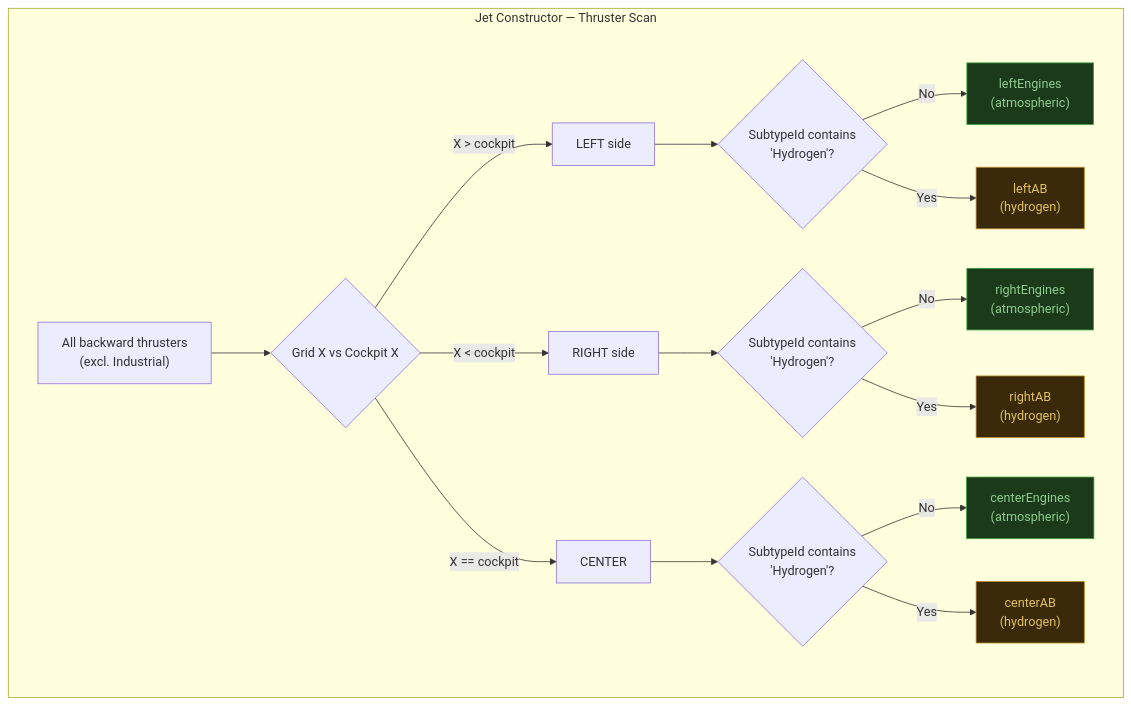
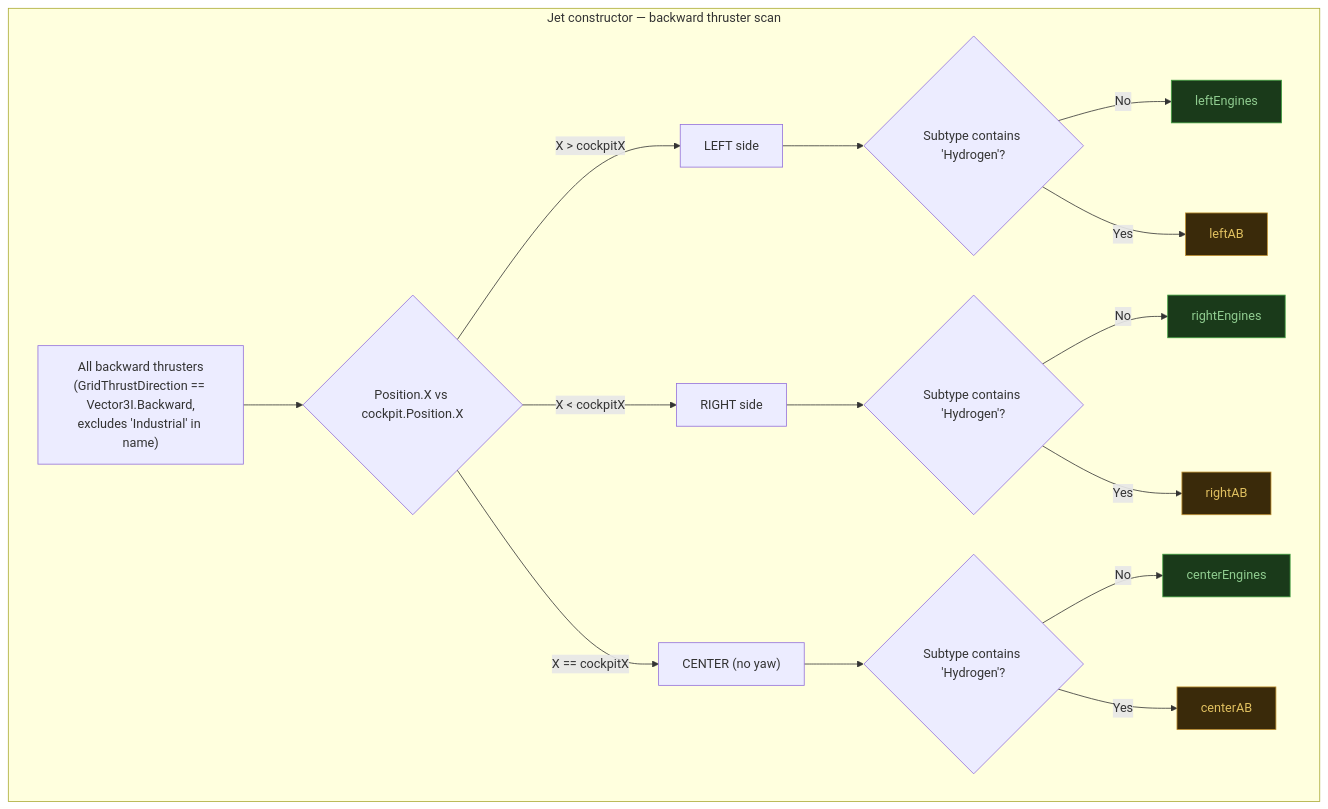
Before and after one commit to Terilia/JetOS: the first of 4 diagrams in docs/propulsion.md, drawn with Mermaid. The commit also changed other lines of this file and 23 other files, not shown here.

````diff
--- a/docs/propulsion.md
+++ b/docs/propulsion.md
@@ -21,28 +21,28 @@
 ```mermaid
 flowchart TD
-    subgraph scan ["Jet Constructor — Thruster Scan"]
-        ALL["All backward thrusters\n(excl. Industrial)"]
-        ALL --> POS{Grid X vs Cockpit X}
-        POS -- "X > cockpit" --> LEFT["LEFT side"]
-        POS -- "X < cockpit" --> RIGHT["RIGHT side"]
-        POS -- "X == cockpit" --> CENTER["CENTER"]
+    subgraph scan ["Jet constructor — backward thruster scan"]
+        ALL["All backward thrusters<br/>(GridThrustDirection == Vector3I.Backward,<br/>excludes 'Industrial' in name)"]
+        ALL --> POS{Position.X vs cockpit.Position.X}
+        POS -- "X &gt; cockpitX" --> LEFT["LEFT side"]
+        POS -- "X &lt; cockpitX" --> RIGHT["RIGHT side"]
+        POS -- "X == cockpitX" --> CENTER["CENTER (no yaw)"]
 
-        LEFT --> FUEL_L{SubtypeId contains\n'Hydrogen'?}
-        RIGHT --> FUEL_R{SubtypeId contains\n'Hydrogen'?}
-        CENTER --> FUEL_C{SubtypeId contains\n'Hydrogen'?}
+        LEFT --> FL{Subtype contains 'Hydrogen'?}
+        RIGHT --> FR{Subtype contains 'Hydrogen'?}
+        CENTER --> FC{Subtype contains 'Hydrogen'?}
 
-        FUEL_L -- No --> LA["leftEngines\n(atmospheric)"]
-        FUEL_L -- Yes --> LH["leftAB\n(hydrogen)"]
-        FUEL_R -- No --> RA["rightEngines\n(atmospheric)"]
-        FUEL_R -- Yes --> RH["rightAB\n(hydrogen)"]
-        FUEL_C -- No --> CA["centerEngines\n(atmospheric)"]
-        FUEL_C -- Yes --> CH["centerAB\n(hydrogen)"]
+        FL -- No --> LE["leftEngines"]
+        FL -- Yes --> LA["leftAB"]
+        FR -- No --> RE["rightEngines"]
+        FR -- Yes --> RA["rightAB"]
+        FC -- No --> CE["centerEngines"]
+        FC -- Yes --> CA["centerAB"]
     end
 
-    style LA fill:#1a3a1a,stroke:#40a040,color:#90cc90
-    style RA fill:#1a3a1a,stroke:#40a040,color:#90cc90
-    style CA fill:#1a3a1a,stroke:#40a040,color:#90cc90
-    style LH fill:#3a2a0a,stroke:#c09030,color:#e0c060
-    style RH fill:#3a2a0a,stroke:#c09030,color:#e0c060
-    style CH fill:#3a2a0a,stroke:#c09030,color:#e0c060
+    style LE fill:#1a3a1a,stroke:#40a040,color:#90cc90
+    style RE fill:#1a3a1a,stroke:#40a040,color:#90cc90
+    style CE fill:#1a3a1a,stroke:#40a040,color:#90cc90
+    style LA fill:#3a2a0a,stroke:#c09030,color:#e0c060
+    style RA fill:#3a2a0a,stroke:#c09030,color:#e0c060
+    style CA fill:#3a2a0a,stroke:#c09030,color:#e0c060
 ```
````
